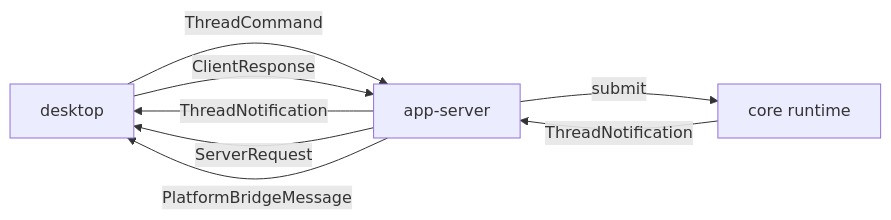
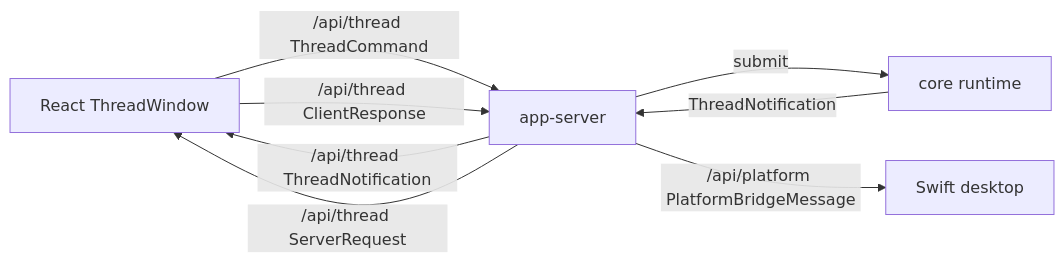
The diagram in packages/core/src/protocol/protocol.md (Lixuhang987/SpotAgent), drawn with Mermaid before and after one commit. The commit also changed other lines of this file and 13 other files, not shown here.

````diff
--- a/packages/core/src/protocol/protocol.md
+++ b/packages/core/src/protocol/protocol.md
@@ -22,10 +22,10 @@
 ```mermaid
 flowchart LR
-  A[desktop] -->|ThreadCommand| B[app-server]
+  A[React ThreadWindow] -->|/api/thread ThreadCommand| B[app-server]
   B -->|submit| C[core runtime]
   C -->|ThreadNotification| B
-  B -->|ThreadNotification| A
-  B -->|ServerRequest| A
-  A -->|ClientResponse| B
-  B -->|PlatformBridgeMessage| A
+  B -->|/api/thread ThreadNotification| A
+  B -->|/api/thread ServerRequest| A
+  A -->|/api/thread ClientResponse| B
+  B -->|/api/platform PlatformBridgeMessage| D[Swift desktop]
 ```
````
